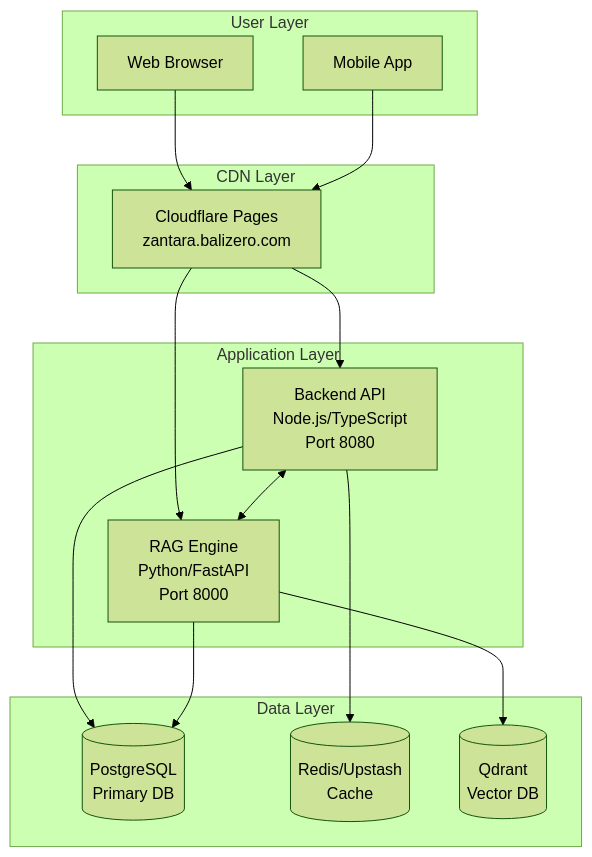
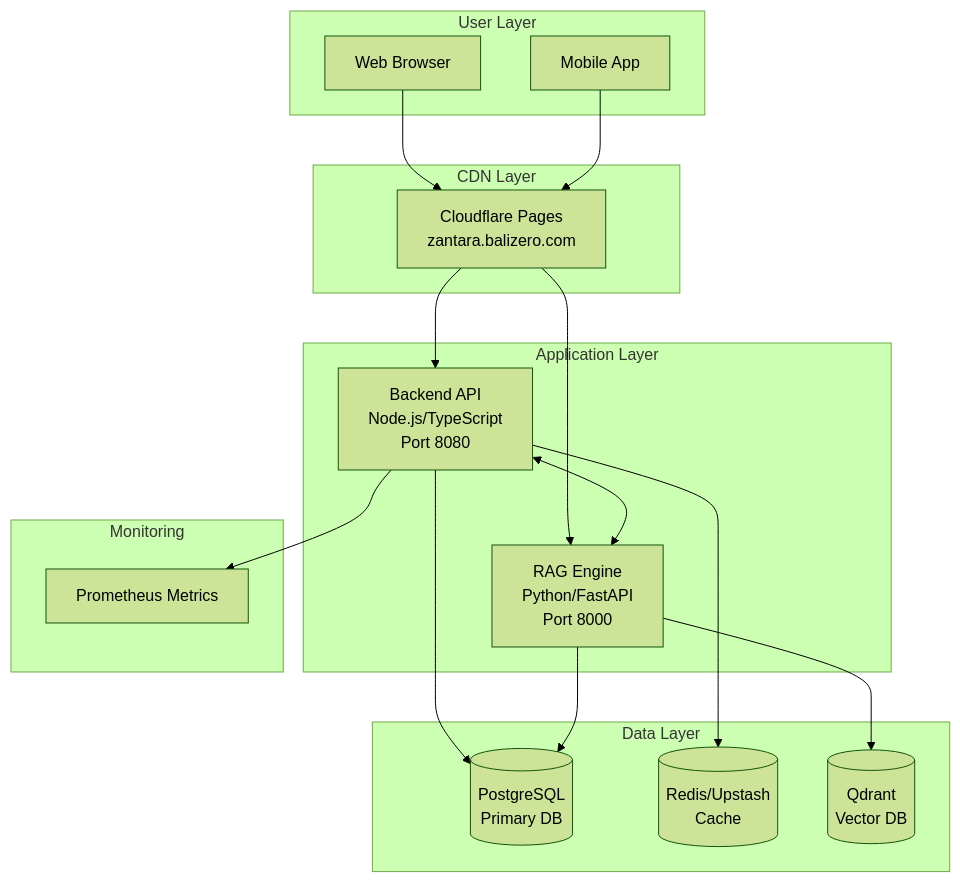
One commit to Balizero1987/nuzantara changed the diagram in docs/INFRASTRUCTURE_OVERVIEW.md. Above: the diagram before and after it, drawn with Mermaid (forest theme). The commit also changed other lines of this file and 2 other files, not shown here.

````diff
--- a/docs/INFRASTRUCTURE_OVERVIEW.md
+++ b/docs/INFRASTRUCTURE_OVERVIEW.md
@@ -25,32 +13,37 @@
 ```mermaid
 graph TB
     subgraph "User Layer"
         Web[Web Browser]
         Mobile[Mobile App]
     end
 
     subgraph "CDN Layer"
         CF[Cloudflare Pages<br/>zantara.balizero.com]
     end
 
     subgraph "Application Layer"
         Backend[Backend API<br/>Node.js/TypeScript<br/>Port 8080]
         RAG[RAG Engine<br/>Python/FastAPI<br/>Port 8000]
     end
 
     subgraph "Data Layer"
         PG[(PostgreSQL<br/>Primary DB)]
         Redis[(Redis/Upstash<br/>Cache)]
         Qdrant[(Qdrant<br/>Vector DB)]
     end
 
+    subgraph "Monitoring"
+        Prom[Prometheus Metrics]
+    end
+
     Web --> CF
     Mobile --> CF
     CF --> Backend
     CF --> RAG
     Backend <--> RAG
     Backend --> PG
     Backend --> Redis
+    Backend --> Prom
     RAG --> Qdrant
     RAG --> PG
 ```
````
